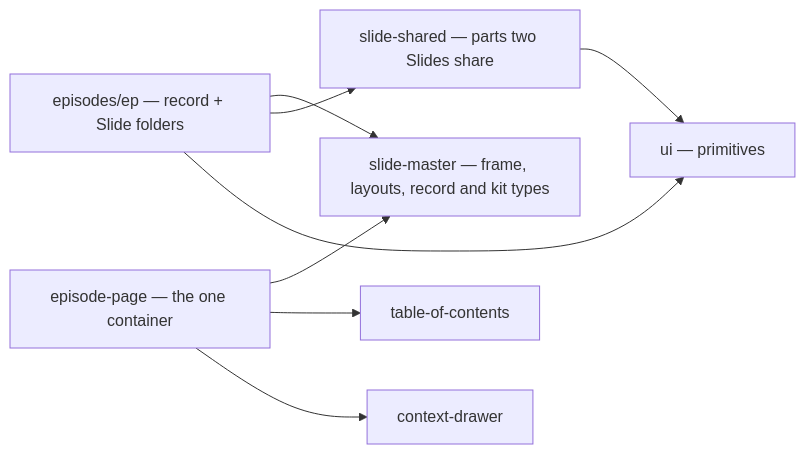
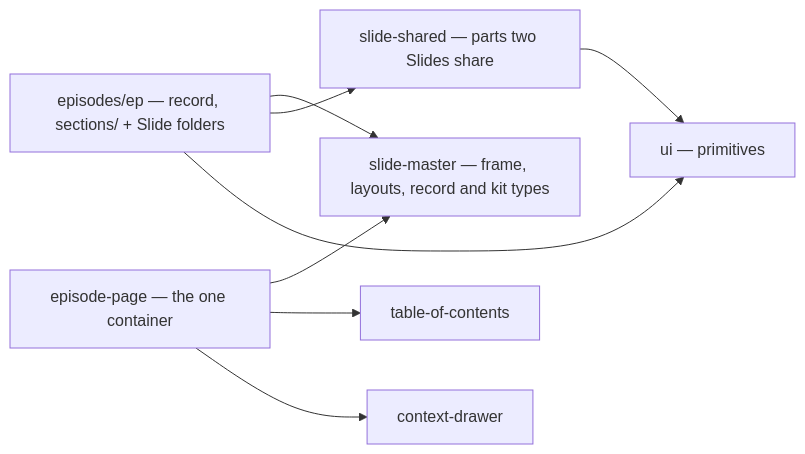
One commit to hancrafted/content-library changed the second of 5 diagrams in .archgate/adrs/FE-004-slide-architecture.md. Above: the diagram before and after it, drawn with Mermaid. The commit also changed other lines of this file and 6 other files, not shown here.

````diff
--- a/.archgate/adrs/FE-004-slide-architecture.md
+++ b/.archgate/adrs/FE-004-slide-architecture.md
@@ -33,10 +33,10 @@
 ```mermaid
 flowchart LR
-  ep["episodes/ep — record + Slide folders"] --> master["slide-master — frame, layouts, record and kit types"]
+  ep["episodes/ep — record, sections/ + Slide folders"] --> master["slide-master — frame, layouts, record and kit types"]
   ep --> shared["slide-shared — parts two Slides share"]
   ep --> ui["ui — primitives"]
   shared --> ui
   container["episode-page — the one container"] --> master
   container --> toc["table-of-contents"]
   container --> drawer["context-drawer"]
 ```
````
